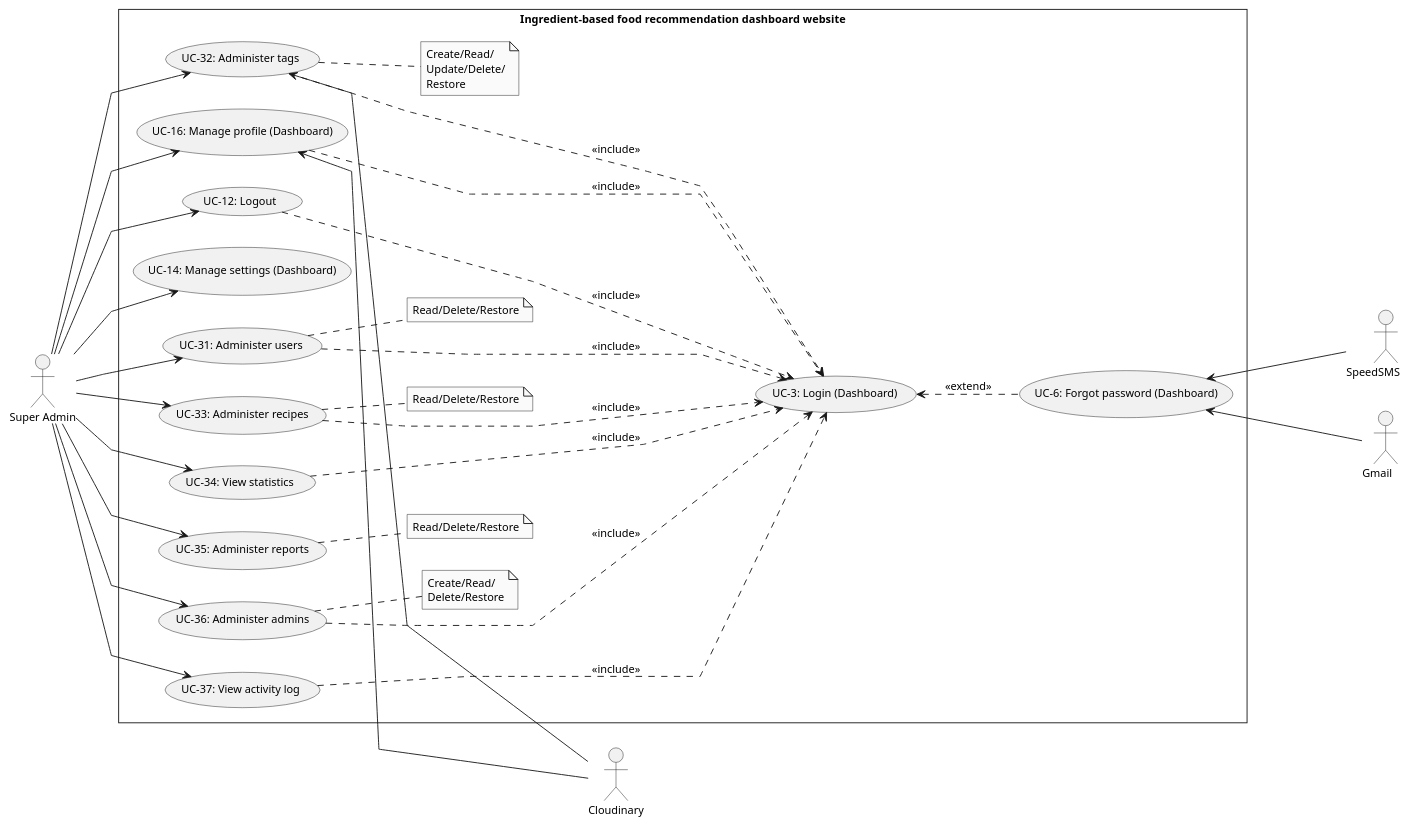
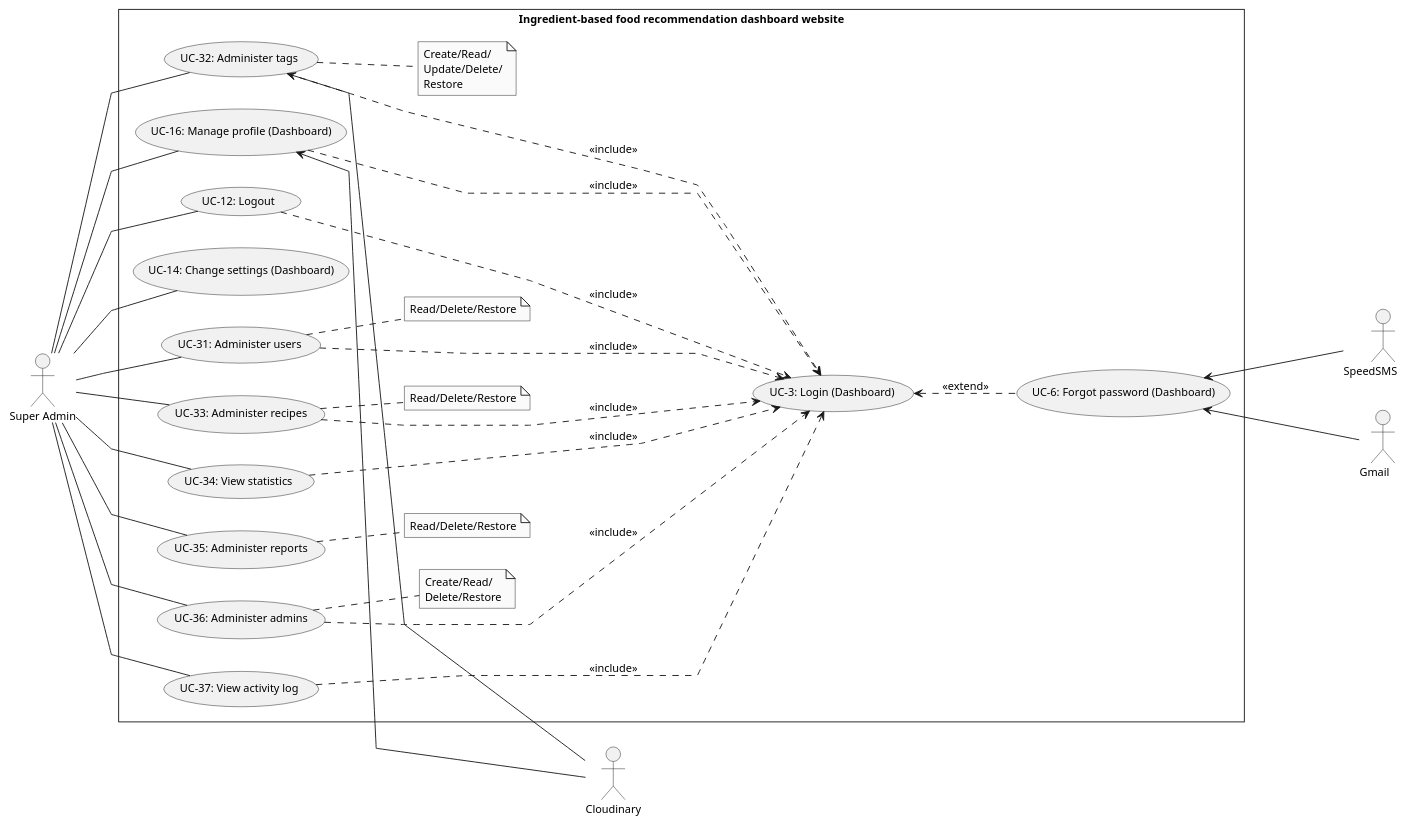
The diagram in doc/SRS/Usecase/SuperAdminUsecase/SuperAdminUsecase.plantuml (Carl-Johnsons/tastopia), drawn with PlantUML before and after one commit. The commit also changed 7 other files, not shown here.

```diff
--- a/doc/SRS/Usecase/SuperAdminUsecase/SuperAdminUsecase.plantuml
+++ b/doc/SRS/Usecase/SuperAdminUsecase/SuperAdminUsecase.plantuml
@@ -1,66 +1,66 @@
 @startuml SuperAdminUsecase
 skinparam style strictuml
 skinparam monochrome true
 skinparam linetype polyline
 skinparam defaultFontSize 12
 left to right direction
 actor "Super Admin" as admin
 actor "Cloudinary" as cl
 actor "SpeedSMS         " as sms
 actor "Gmail      " as gmail
 
 rectangle Ingredient-based<U+0020>food<U+0020>recommendation<U+0020>dashboard<U+0020>website {
     usecase "UC-3: Login (Dashboard)" as ucLogin
     usecase "UC-6: Forgot password (Dashboard)" as ucForgotPassword
     usecase "UC-12: Logout" as ucLogout
-    usecase "UC-14: Manage settings (Dashboard)" as ucManageSetting
+    usecase "UC-14: Change settings (Dashboard)" as ucManageSetting
     usecase "UC-16: Manage profile (Dashboard)" as ucManageProfile
 
     usecase "UC-31: Administer users" as ucAdmUser
     usecase "UC-32: Administer tags" as ucAdmTags
     usecase "UC-33: Administer recipes" as ucAdmRecipe
     usecase "UC-34: View statistics" as ucViewStatistic
     usecase "UC-35: Administer reports" as ucAdmReport
     usecase "UC-36: Administer admins" as ucAdmAdmin
     usecase "UC-37: View activity log" as ucViewActivityLog
 
     note "Read/Delete/Restore" as noteAdmUser
     note "Read/Delete/Restore" as noteAdmRecipe
     note "Create/Read/\nUpdate/Delete/\nRestore" as noteAdmTag
     note "Create/Read/\nDelete/Restore" as noteAdmAdmin
     note "Read/Delete/Restore" as noteAdmReport
 
-    admin --> ucAdmUser
+    admin -- ucAdmUser
         ucAdmUser .. noteAdmUser
-    admin --> ucAdmRecipe
+    admin -- ucAdmRecipe
         ucAdmRecipe .. noteAdmRecipe
-    admin --> ucAdmReport
+    admin -- ucAdmReport
         ucAdmReport .. noteAdmReport
-    admin --> ucAdmTags
+    admin -- ucAdmTags
         ucAdmTags .. noteAdmTag
-    admin --> ucViewStatistic
-    admin --> ucViewActivityLog
-    admin --> ucManageProfile
-    admin --> ucManageSetting
-    admin --> ucLogout
-    admin --> ucAdmAdmin
+    admin -- ucViewStatistic
+    admin -- ucViewActivityLog
+    admin -- ucManageProfile
+    admin -- ucManageSetting
+    admin -- ucLogout
+    admin -- ucAdmAdmin
         ucAdmAdmin .. noteAdmAdmin
 
     ucLogout .....> ucLogin : <<include>>
     ucViewStatistic .....> ucLogin : <<include>>
     ucAdmUser .....> ucLogin : <<include>>
     ucAdmRecipe .....> ucLogin : <<include>>
     ucAdmTags .....> ucLogin : <<include>>
     ucManageProfile .....> ucLogin : <<include>>
     ucViewActivityLog .....> ucLogin : <<include>>
     ucAdmAdmin .....> ucLogin : <<include>>
 
     ucLogin <.. ucForgotPassword : <<extend>>
 
     cl --up-> ucManageProfile
     cl --up-> ucAdmTags
     sms --up-> ucForgotPassword
     gmail --up-> ucForgotPassword
 }
 
 @enduml
```
